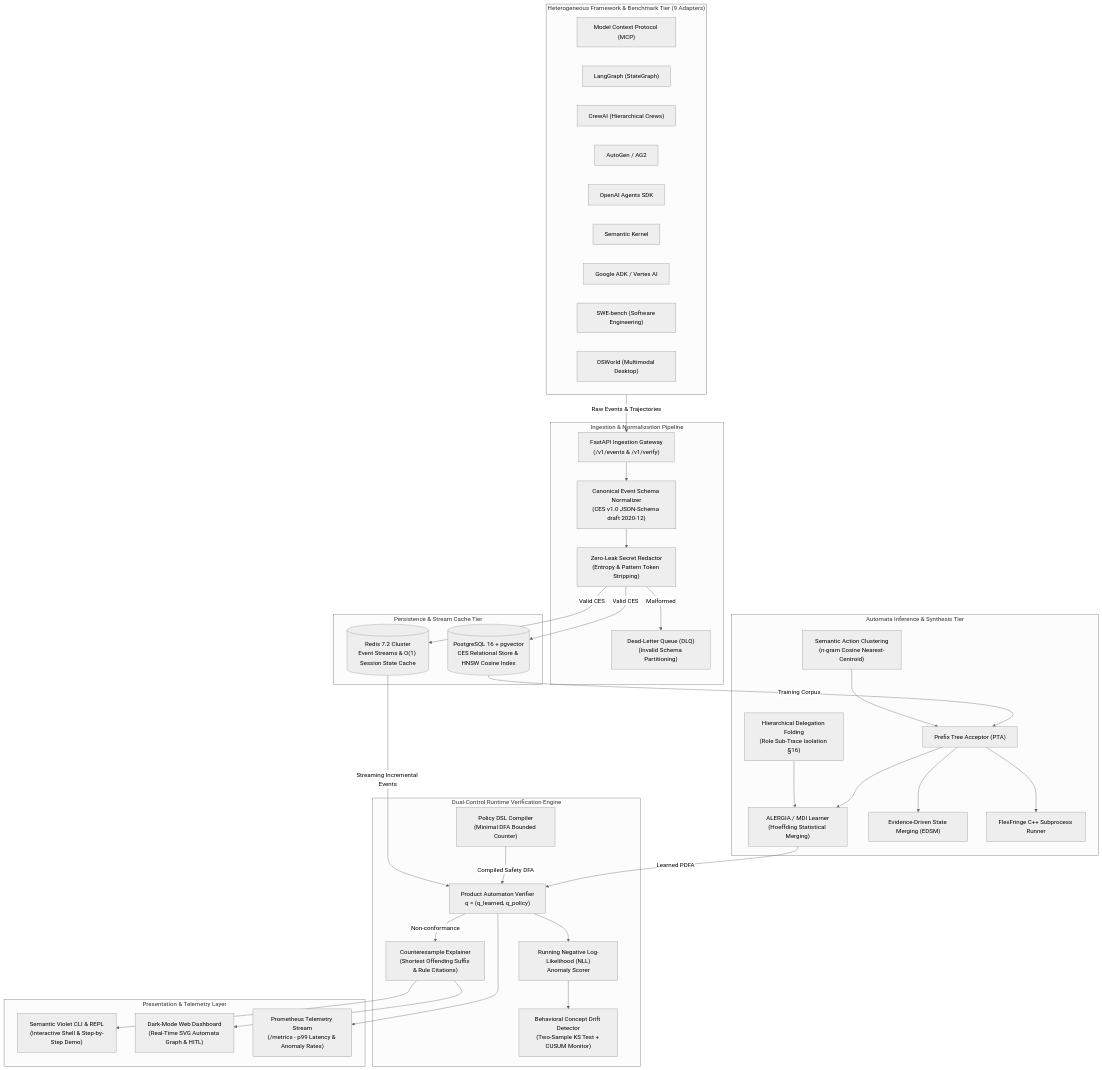
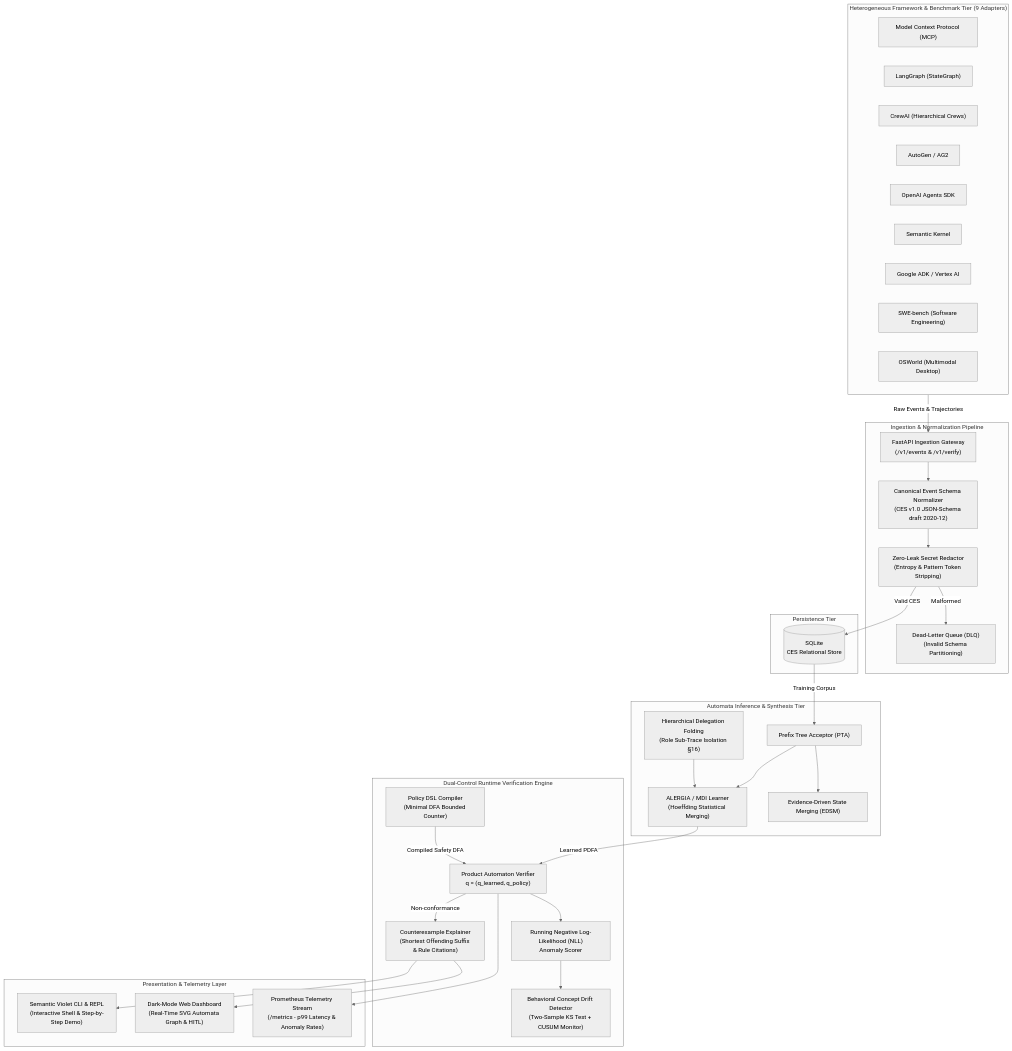
One commit to Atharva-Mendhulkar/TRACE changed the diagram in README.md. Above: the diagram before and after it, drawn with Mermaid (neutral theme). The commit also changed other lines of this file and 59 other files, not shown here.

````diff
--- a/README.md
+++ b/README.md
@@ -64,69 +64,64 @@
 ```mermaid
 flowchart TD
     subgraph Frameworks ["Heterogeneous Framework & Benchmark Tier (9 Adapters)"]
         F1["Model Context Protocol (MCP)"]
         F2["LangGraph (StateGraph)"]
         F3["CrewAI (Hierarchical Crews)"]
         F4["AutoGen / AG2"]
         F5["OpenAI Agents SDK"]
         F6["Semantic Kernel"]
         F7["Google ADK / Vertex AI"]
         F8["SWE-bench (Software Engineering)"]
         F9["OSWorld (Multimodal Desktop)"]
     end
 
     subgraph Ingestion ["Ingestion & Normalization Pipeline"]
         ING["FastAPI Ingestion Gateway\n(/v1/events & /v1/verify)"]
         NORM["Canonical Event Schema Normalizer\n(CES v1.0 JSON-Schema draft 2020-12)"]
         RED["Zero-Leak Secret Redactor\n(Entropy & Pattern Token Stripping)"]
         DLQ["Dead-Letter Queue (DLQ)\n(Invalid Schema Partitioning)"]
     end
 
-    subgraph Persistence ["Persistence & Stream Cache Tier"]
-        PG[("PostgreSQL 16 + pgvector\nCES Relational Store & HNSW Cosine Index")]
-        RDS[("Redis 7.2 Cluster\nEvent Streams & O(1) Session State Cache")]
+    subgraph Persistence ["Persistence Tier"]
+        PG[("SQLite\nCES Relational Store")]
     end
 
     subgraph Inference ["Automata Inference & Synthesis Tier"]
         PTA["Prefix Tree Acceptor (PTA)"]
         ALERGIA["ALERGIA / MDI Learner\n(Hoeffding Statistical Merging)"]
         EDSM["Evidence-Driven State Merging (EDSM)"]
-        FF["FlexFringe C++ Subprocess Runner"]
-        CLUST["Semantic Action Clustering\n(n-gram Cosine Nearest-Centroid)"]
         FOLD["Hierarchical Delegation Folding\n(Role Sub-Trace Isolation §16)"]
     end
 
     subgraph Verification ["Dual-Control Runtime Verification Engine"]
         PROD["Product Automaton Verifier\nq = (q_learned, q_policy)"]
         POL["Policy DSL Compiler\n(Minimal DFA Bounded Counter)"]
         NLL["Running Negative Log-Likelihood (NLL)\nAnomaly Scorer"]
         EXPL["Counterexample Explainer\n(Shortest Offending Suffix & Rule Citations)"]
         DRIFT["Behavioral Concept Drift Detector\n(Two-Sample KS Test + CUSUM Monitor)"]
     end
 
     subgraph Presentation ["Presentation & Telemetry Layer"]
         CLI["Semantic Violet CLI & REPL\n(Interactive Shell & Step-by-Step Demo)"]
         DASH["Dark-Mode Web Dashboard\n(Real-Time SVG Automata Graph & HITL)"]
         METRICS["Prometheus Telemetry Stream\n(/metrics - p99 Latency & Anomaly Rates)"]
     end
 
     Frameworks -->|Raw Events & Trajectories| ING
     ING --> NORM
     NORM --> RED
-    RED -->|Valid CES| PG & RDS
+    RED -->|Valid CES| PG
     RED -->|Malformed| DLQ
 
     PG -->|Training Corpus| PTA
-    PTA --> ALERGIA & EDSM & FF
-    CLUST --> PTA
+    PTA --> ALERGIA & EDSM
     FOLD --> ALERGIA
     ALERGIA -->|Learned PDFA| PROD
 
     POL -->|Compiled Safety DFA| PROD
-    RDS -->|Streaming Incremental Events| PROD
     PROD --> NLL
     PROD -->|Non-conformance| EXPL
     NLL --> DRIFT
     EXPL --> DASH & CLI
     PROD --> METRICS
 ```
````
